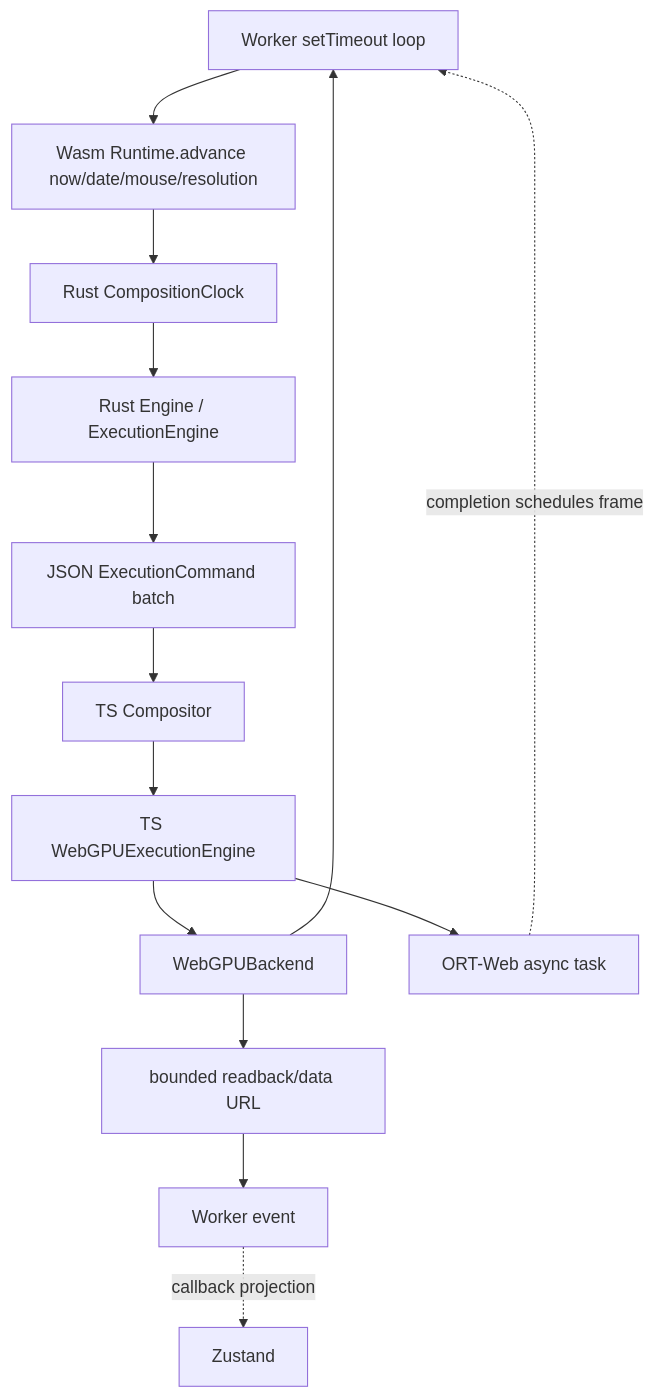
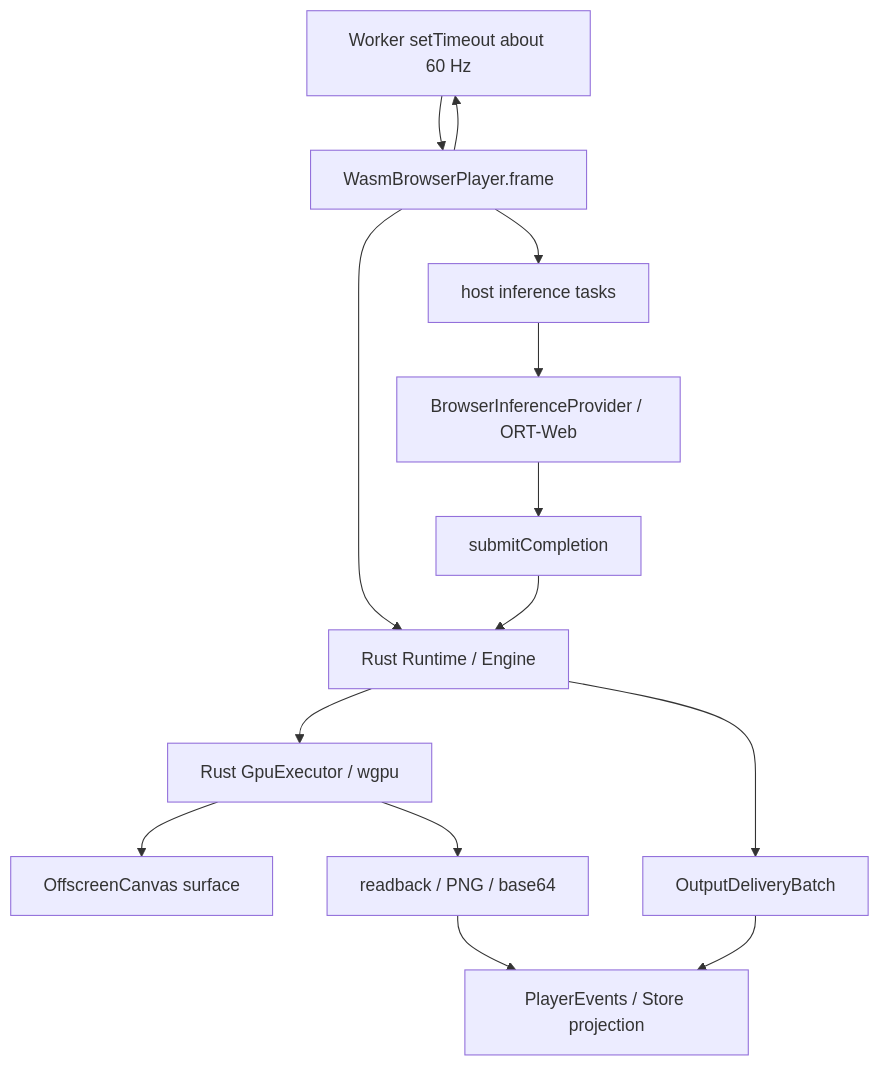
Before and after one commit to sanitor/open_quartz: the tenth of 12 diagrams in docs/DESIGN.md, drawn with Mermaid. The commit also changed other lines of this file, not shown here.

Commit message:
docs: update architecture baseline and thin TypeScript roadmap

````diff
--- a/docs/DESIGN.md
+++ b/docs/DESIGN.md
@@ -708,22 +926,20 @@
 ```mermaid
 flowchart TD
-    Timer[Worker setTimeout loop]
-    Advance[Wasm Runtime.advance now/date/mouse/resolution]
-    Clock[Rust CompositionClock]
-    Engine[Rust Engine / ExecutionEngine]
-    Work[JSON ExecutionCommand batch]
-    Compositor[TS Compositor]
-    TsEngine[TS WebGPUExecutionEngine]
-    Gpu[WebGPUBackend]
-    Onnx[ORT-Web async task]
-    Preview[bounded readback/data URL]
-    Event[Worker event]
+    Timer[Worker setTimeout about 60 Hz]
+    Frame[WasmBrowserPlayer.frame]
+    Runtime[Rust Runtime / Engine]
+    Gpu[Rust GpuExecutor / wgpu]
+    Surface[OffscreenCanvas surface]
+    Tasks[host inference tasks]
+    Ort[BrowserInferenceProvider / ORT-Web]
+    Completion[submitCompletion]
+    Delivery[OutputDeliveryBatch]
+    Preview[readback / PNG / base64]
+    UI[PlayerEvents / Store projection]
 
-    Timer --> Advance --> Clock --> Engine --> Work
-    Work --> Compositor --> TsEngine --> Gpu
-    TsEngine --> Onnx
-    Onnx -. completion schedules frame .-> Timer
-    Gpu --> Preview --> Event
-    Event -. callback projection .-> Store[Zustand]
-    Gpu --> Timer
+    Timer --> Frame --> Runtime --> Gpu --> Surface
+    Frame --> Tasks --> Ort --> Completion --> Runtime
+    Runtime --> Delivery --> UI
+    Gpu --> Preview --> UI
+    Frame --> Timer
 ```
````
